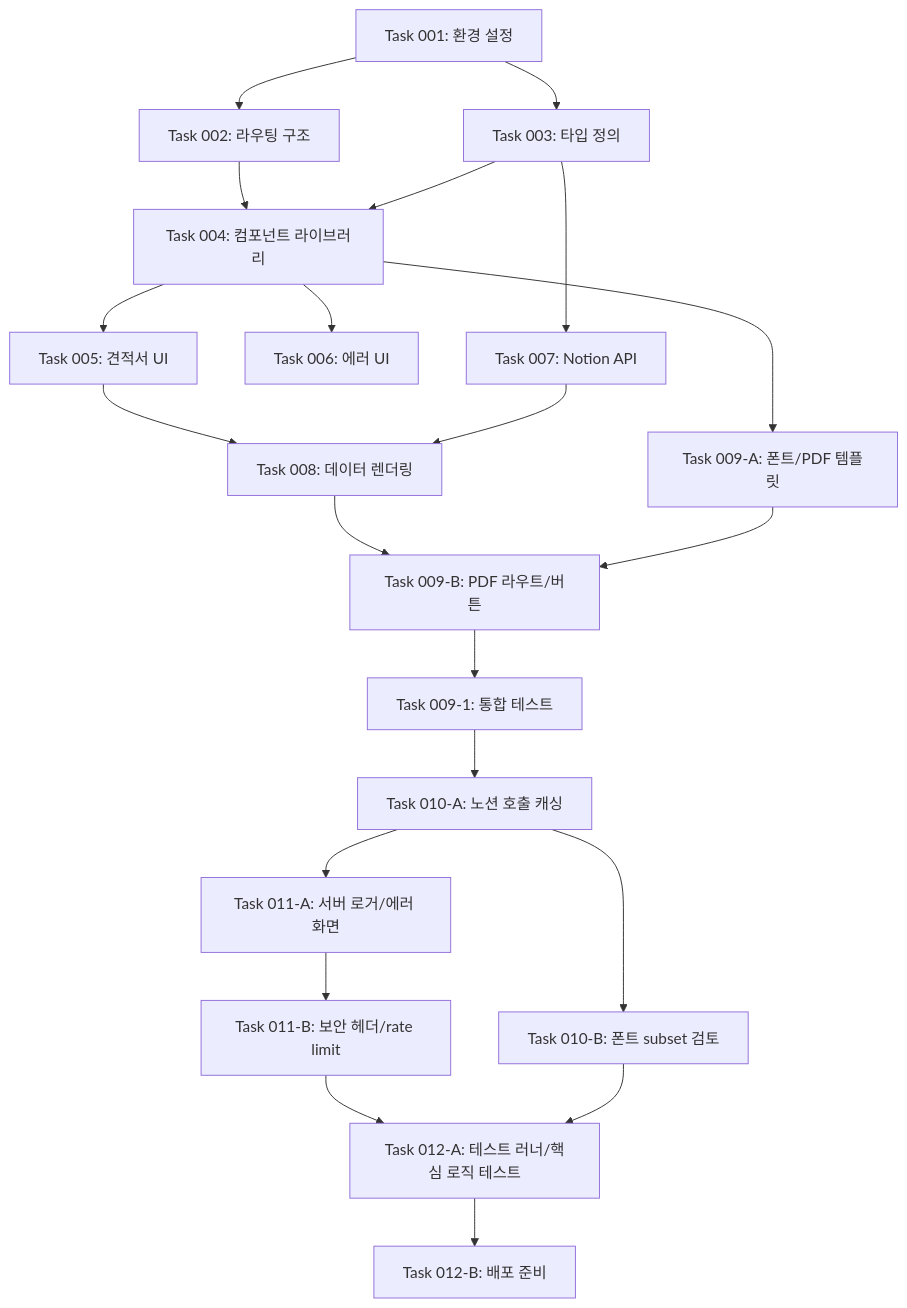
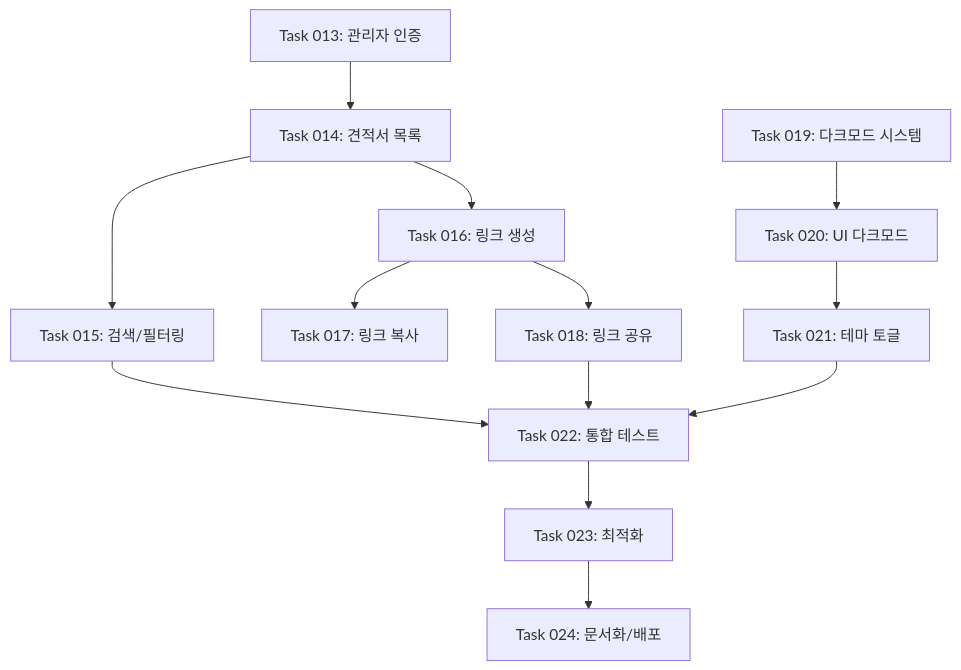
The diagram in docs/ROADMAP.md (Han-DDong/invoice-web), drawn with Mermaid before and after one commit. The commit also changed other lines of this file and 1 other file, not shown here.

Commit message:
📝 docs: 고도화 로드맵으로 ROADMAP 개편 및 MVP 로드맵 v1 보관

````diff
--- a/docs/ROADMAP.md
+++ b/docs/ROADMAP.md
@@ -382,23 +260,17 @@
 ```mermaid
 graph TD
-    A[Task 001: 환경 설정] --> B[Task 002: 라우팅 구조]
-    A --> C[Task 003: 타입 정의]
-    B --> D[Task 004: 컴포넌트 라이브러리]
-    C --> D
-    D --> E[Task 005: 견적서 UI]
-    D --> F[Task 006: 에러 UI]
-    C --> G[Task 007: Notion API]
-    E --> H[Task 008: 데이터 렌더링]
-    G --> H
-    D --> I1[Task 009-A: 폰트/PDF 템플릿]
-    H --> I2[Task 009-B: PDF 라우트/버튼]
-    I1 --> I2
-    I2 --> M[Task 009-1: 통합 테스트]
-    M --> J1[Task 010-A: 노션 호출 캐싱]
-    J1 --> K1[Task 011-A: 서버 로거/에러 화면]
-    K1 --> K2[Task 011-B: 보안 헤더/rate limit]
-    J1 --> J2[Task 010-B: 폰트 subset 검토]
-    K2 --> L1[Task 012-A: 테스트 러너/핵심 로직 테스트]
-    J2 --> L1
-    L1 --> L2[Task 012-B: 배포 준비]
+    A[Task 013: 관리자 인증] --> B[Task 014: 견적서 목록]
+    B --> C[Task 015: 검색/필터링]
+    B --> D[Task 016: 링크 생성]
+    D --> E[Task 017: 링크 복사]
+    D --> F[Task 018: 링크 공유]
+
+    G[Task 019: 다크모드 시스템] --> H[Task 020: UI 다크모드]
+    H --> I[Task 021: 테마 토글]
+
+    C --> J[Task 022: 통합 테스트]
+    F --> J
+    I --> J
+    J --> K[Task 023: 최적화]
+    K --> L[Task 024: 문서화/배포]
 ```
````
